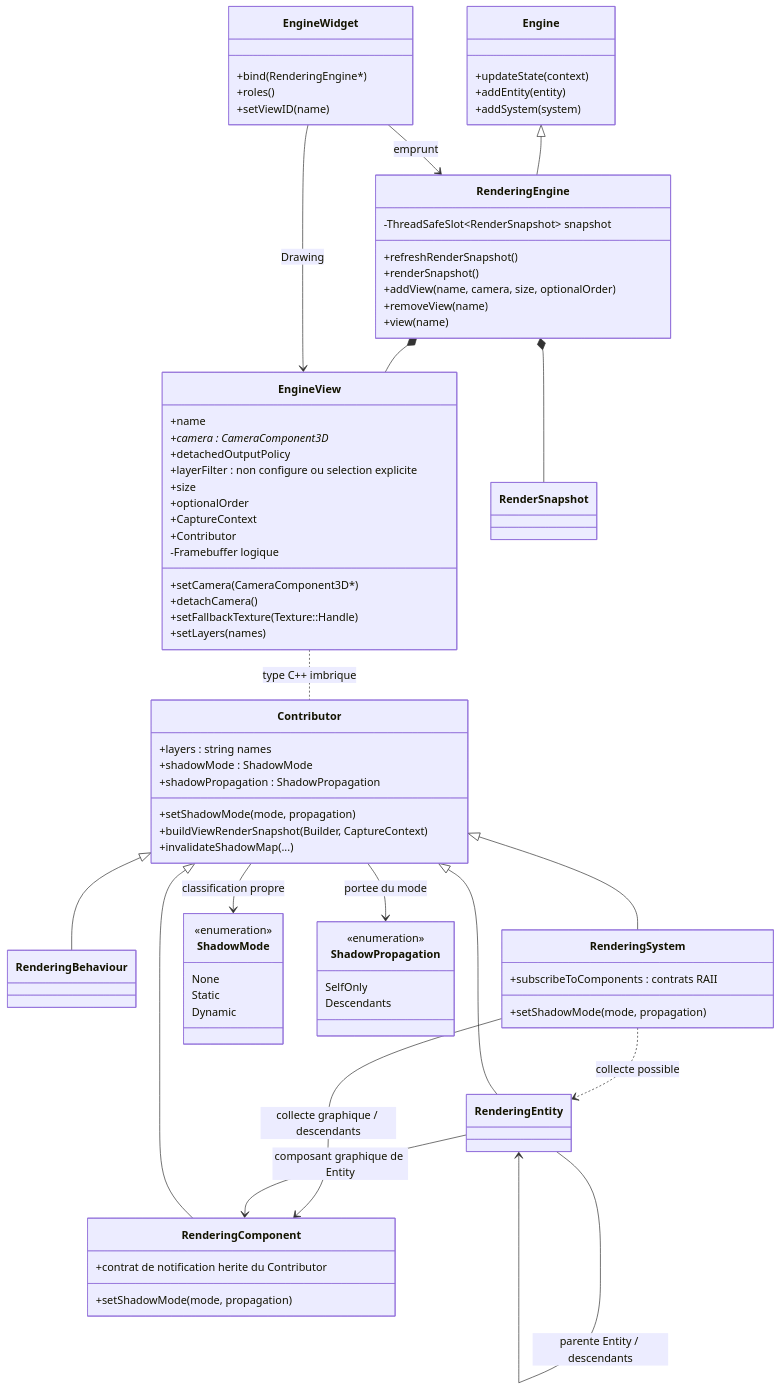
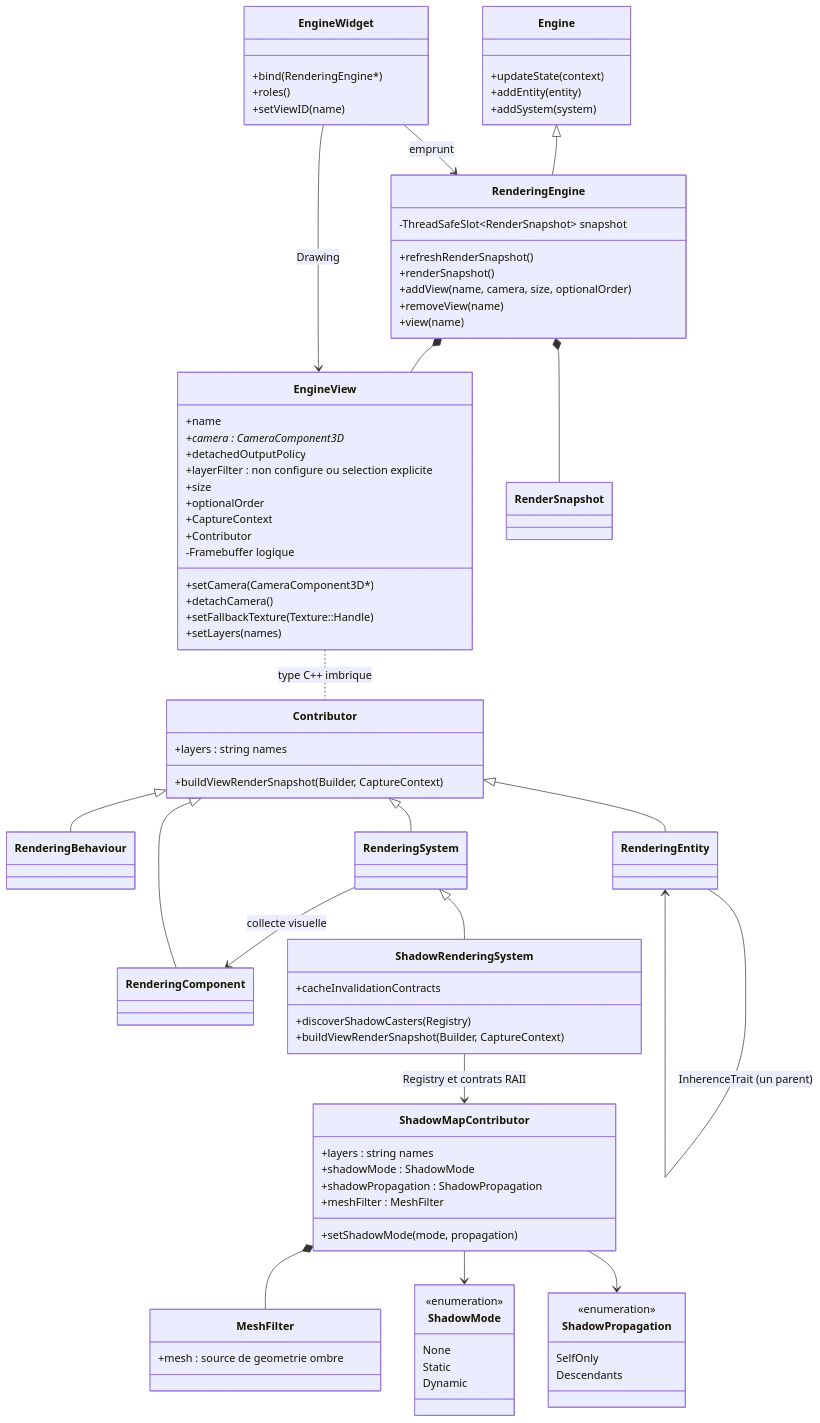
The seventh of 14 diagrams in docs/voxel-engine-v0.1.4-specification.md (EreliaStudio/Sparkle), drawn with Mermaid before and after one commit. The commit also changed other lines of this file, not shown here.

Commit message:
docs(v0.1.4): remove shadows from generic contributors and transfer Registry reconciliation to shadow subsystem

```diff
--- a/docs/voxel-engine-v0.1.4-specification.md
+++ b/docs/voxel-engine-v0.1.4-specification.md
@@ -660,21 +660,26 @@
   }
   class Contributor {
     +layers : string names
+    +buildViewRenderSnapshot(Builder, CaptureContext)
+  }
+  class RenderingComponent
+  class RenderingBehaviour
+  class RenderingEntity
+  class RenderingSystem
+  class ShadowMapContributor {
+    +layers : string names
     +shadowMode : ShadowMode
     +shadowPropagation : ShadowPropagation
+    +meshFilter : MeshFilter
     +setShadowMode(mode, propagation)
+  }
+  class MeshFilter {
+    +mesh : source de geometrie ombre
+  }
+  class ShadowRenderingSystem {
+    +discoverShadowCasters(Registry)
     +buildViewRenderSnapshot(Builder, CaptureContext)
-    +invalidateShadowMap(...)
-  }
-  class RenderingComponent {
-    +setShadowMode(mode, propagation)
-    +contrat de notification herite du Contributor
-  }
-  class RenderingBehaviour
-  class RenderingEntity
-  class RenderingSystem {
-    +setShadowMode(mode, propagation)
-    +subscribeToComponents : contrats RAII
+    +cacheInvalidationContracts
   }
   class ShadowMode {
     <<enumeration>>
@@ -687,12 +692,13 @@
     SelfOnly
     Descendants
   }
-  Contributor --> ShadowMode : classification propre
-  Contributor --> ShadowPropagation : portee du mode
-  RenderingSystem --> RenderingComponent : collecte graphique / descendants
-  RenderingEntity --> RenderingEntity : parente Entity / descendants
-  RenderingEntity --> RenderingComponent : composant graphique de Entity
-  RenderingSystem ..> RenderingEntity : collecte possible
+  ShadowMapContributor *-- MeshFilter
+  ShadowMapContributor --> ShadowMode
+  ShadowMapContributor --> ShadowPropagation
+  RenderingSystem <|-- ShadowRenderingSystem
+  ShadowRenderingSystem --> ShadowMapContributor : Registry et contrats RAII
+  RenderingSystem --> RenderingComponent : collecte visuelle
+  RenderingEntity --> RenderingEntity : InherenceTrait (un parent)
   class EngineWidget {
     +bind(RenderingEngine*)
     +roles()
```
